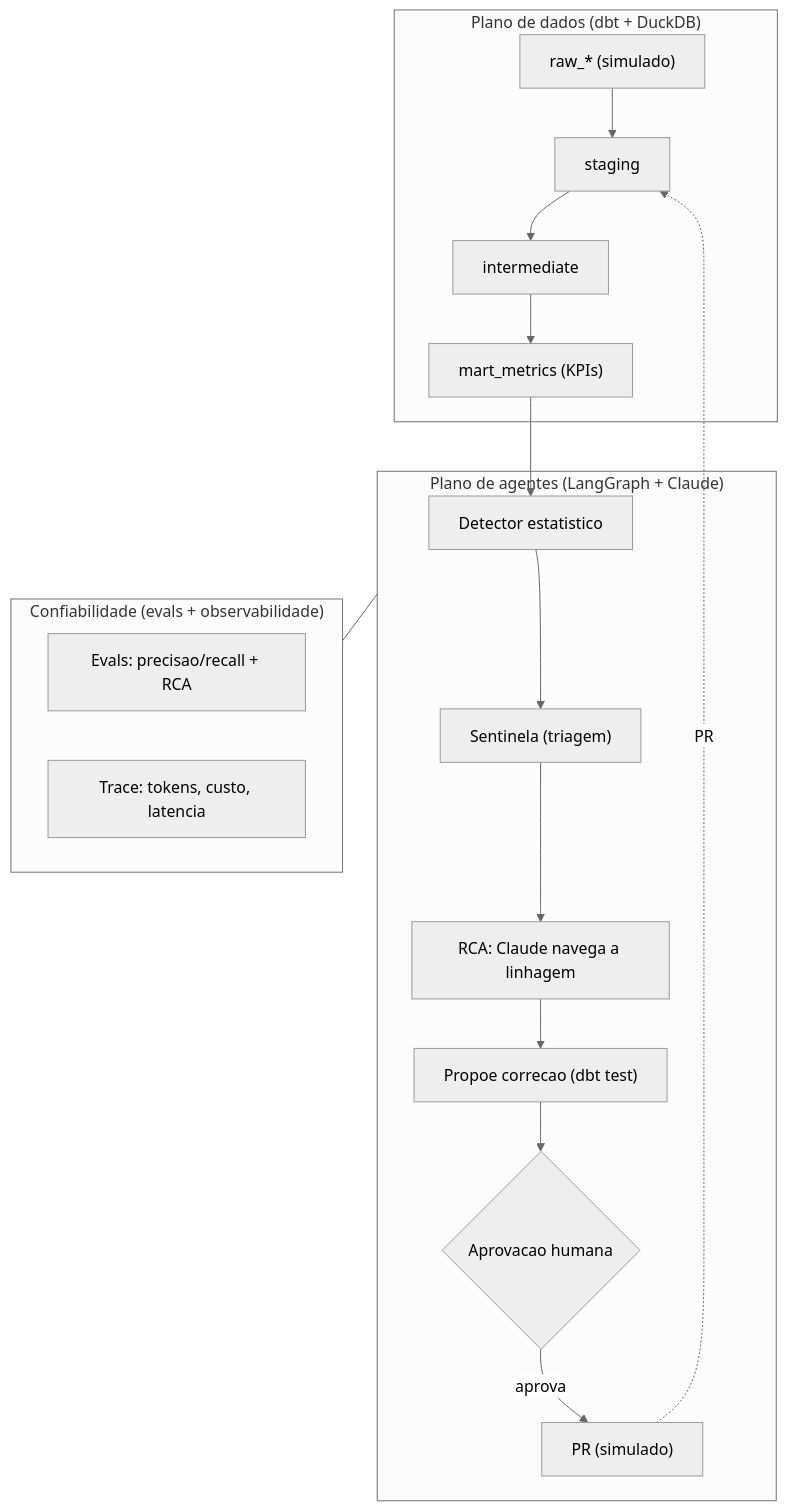
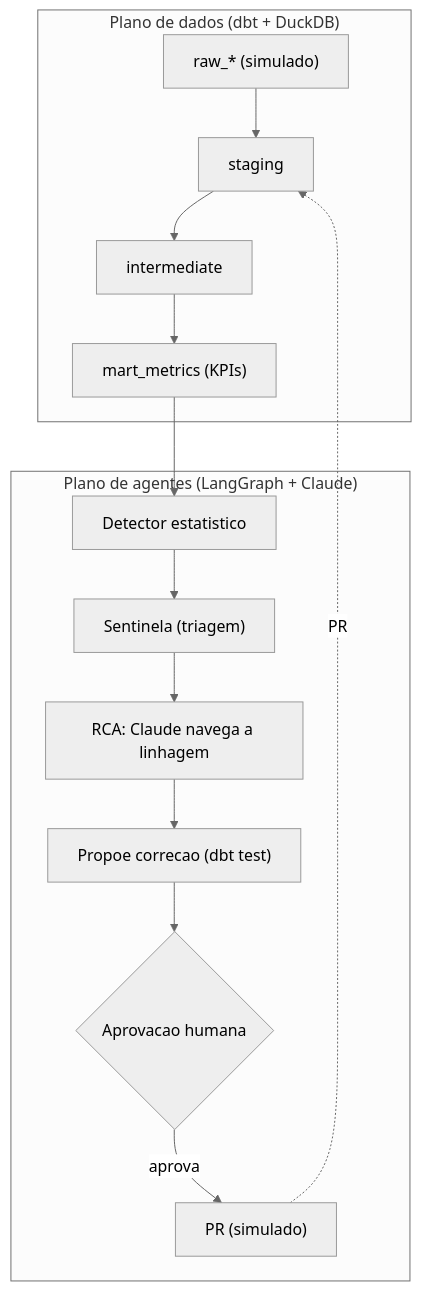
Before and after one commit to leidimar-admc/Sentinela-de-Dados---Agentic-Data-Analytics-Engineering: the second of 2 diagrams in README.md, drawn with Mermaid (neutral theme). The commit also changed other lines of this file and 2 other files, not shown here.

Commit message:
docs: README enxuto com print no topo, tabela 'por que importa' e metricas reais das evals

````diff
--- a/README.md
+++ b/README.md
@@ -51,25 +53,19 @@
 ```mermaid
 flowchart TB
     subgraph DP["Plano de dados (dbt + DuckDB)"]
         RAW["raw_* (simulado)"] --> STG["staging"]
         STG --> INT["intermediate"]
         INT --> MM["mart_metrics (KPIs)"]
     end
 
     subgraph AP["Plano de agentes (LangGraph + Claude)"]
         DET["Detector estatistico"] --> SEN["Sentinela (triagem)"]
         SEN --> RCA["RCA: Claude navega a linhagem"]
         RCA --> FIX["Propoe correcao (dbt test)"]
         FIX --> GATE{"Aprovacao humana"}
         GATE -->|aprova| PR["PR (simulado)"]
     end
 
-    subgraph REL["Confiabilidade (evals + observabilidade)"]
-        EV["Evals: precisao/recall + RCA"]
-        OB["Trace: tokens, custo, latencia"]
-    end
-
     MM --> DET
     PR -. PR .-> STG
-    AP --- REL
 ```
````
